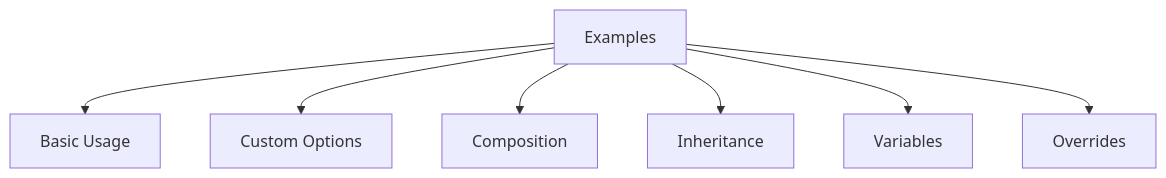
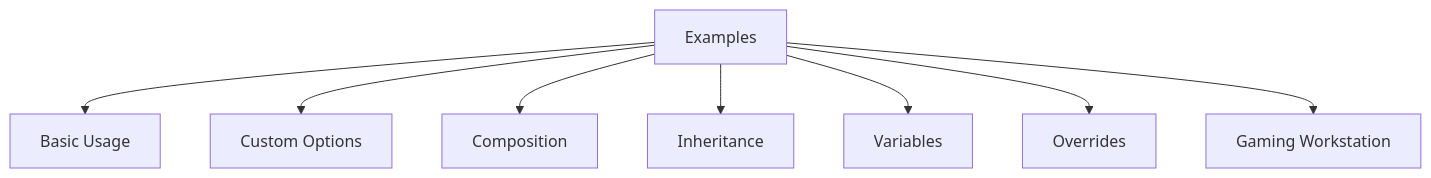
One commit to Hydepwns/nix-mox changed the diagram in docs/examples/README.md. Above: the diagram before and after it, drawn with Mermaid. The commit also changed other lines of this file and 10 other files, not shown here.

````diff
--- a/docs/examples/README.md
+++ b/docs/examples/README.md
@@ -5,9 +5,10 @@
 ```mermaid
 graph TD
     A[Examples] --> B[Basic Usage]
     A --> C[Custom Options]
     A --> D[Composition]
     A --> E[Inheritance]
     A --> F[Variables]
     A --> G[Overrides]
+    A --> H[Gaming Workstation]
 ```
````
